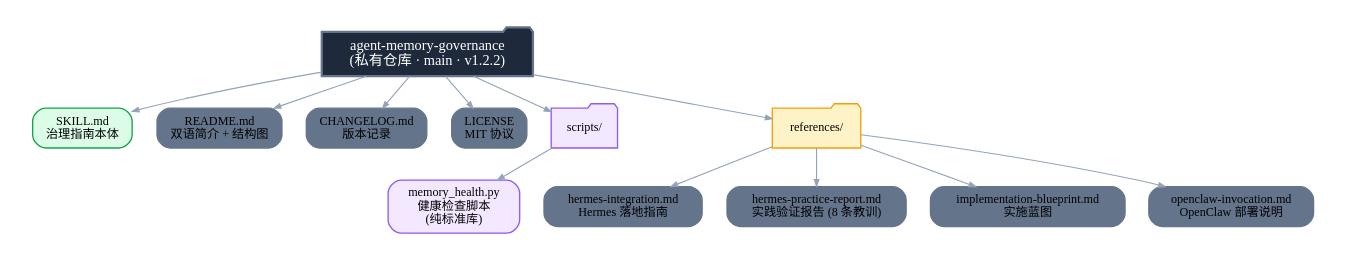
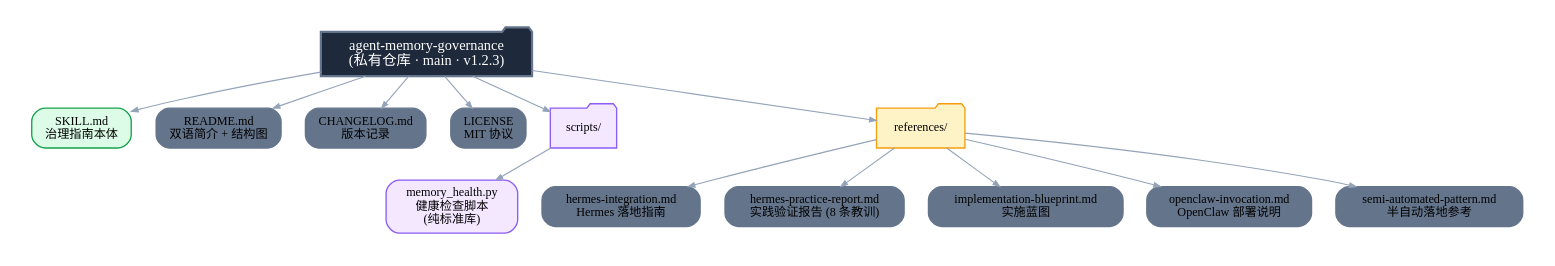
One commit to weijing143/agent-memory-governance changed the diagram in assets/diagrams/tree.dot. Above: the diagram before and after it, drawn with Graphviz. The commit also changed 5 other files, not shown here.

Commit message:
docs: sync README tree & diagrams with semi-automated-pattern.md (v1.2.3 follow-up)

```diff
--- a/assets/diagrams/tree.dot
+++ b/assets/diagrams/tree.dot
@@ -1,33 +1,35 @@
 digraph G {
   graph [rankdir=TB, bgcolor=white, fontname="WenQuanYi Zen Hei", fontsize=13, nodesep=0.3, ranksep=0.4, pad=0.3];
   node [fontname="WenQuanYi Zen Hei", fontsize=11, style="rounded,filled", color="#64748B", penwidth=1.2, shape=box, margin="0.15,0.08"];
   edge [color="#94A3B8", arrowsize=0.6];
 
-  root [label="agent-memory-governance\n(私有仓库 · main · v1.2.2)", shape=folder, fillcolor="#1E293B", fontcolor="white", fontsize=13, penwidth=2];
+  root [label="agent-memory-governance\n(私有仓库 · main · v1.2.3)", shape=folder, fillcolor="#1E293B", fontcolor="white", fontsize=13, penwidth=2];
 
   skill  [label="SKILL.md\n治理指南本体", fillcolor="#DCFCE7", color="#16A34A"];
   readme [label="README.md\n双语简介 + 结构图"];
   changelog [label="CHANGELOG.md\n版本记录"];
   license [label="LICENSE\nMIT 协议"];
 
   scripts_dir [label="scripts/", shape=folder, fillcolor="#F3E8FF", color="#8B5CF6"];
   script [label="memory_health.py\n健康检查脚本\n(纯标准库)", fillcolor="#F3E8FF", color="#8B5CF6"];
 
   refs_dir [label="references/", shape=folder, fillcolor="#FEF3C7", color="#F59E0B"];
   integ  [label="hermes-integration.md\nHermes 落地指南"];
   report [label="hermes-practice-report.md\n实践验证报告 (8 条教训)"];
   blueprint [label="implementation-blueprint.md\n实施蓝图"];
   openclaw [label="openclaw-invocation.md\nOpenClaw 部署说明"];
+  semi [label="semi-automated-pattern.md\n半自动落地参考"];
 
   root -> skill;
   root -> readme;
   root -> changelog;
   root -> license;
   root -> scripts_dir;
   root -> refs_dir;
   scripts_dir -> script;
   refs_dir -> integ;
   refs_dir -> report;
   refs_dir -> blueprint;
   refs_dir -> openclaw;
+  refs_dir -> semi;
 }
```
